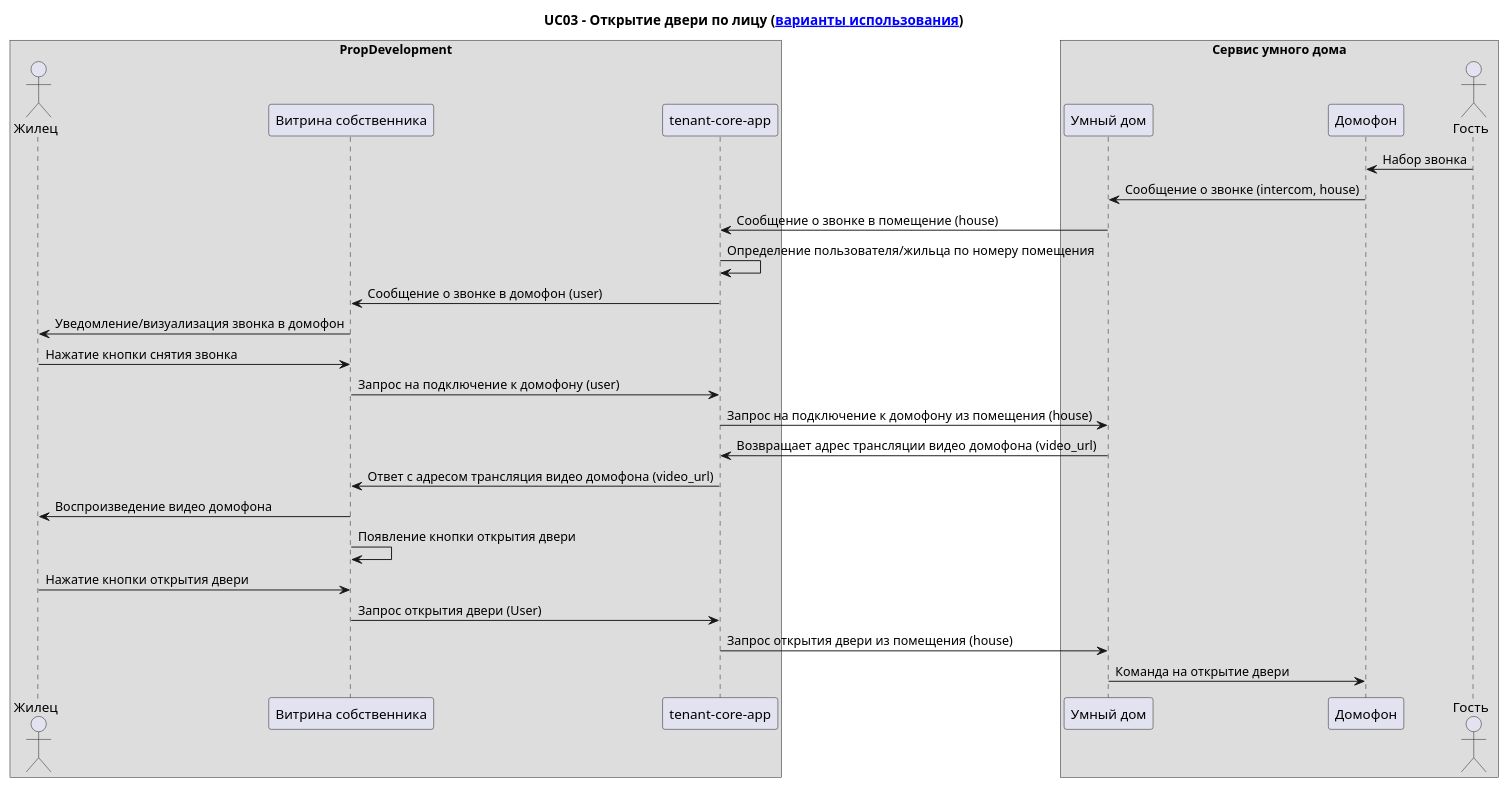
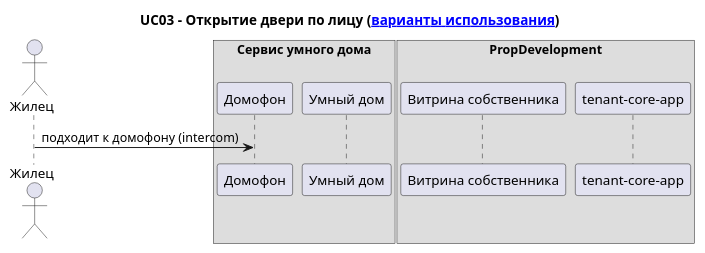
Before and after one commit to asbelon/architecture-sprint-7: the diagram in Exc3/uc/UC03.puml, drawn with PlantUML. The commit also changed 5 other files, not shown here.

```diff
--- a/Exc3/uc/UC03.puml
+++ b/Exc3/uc/UC03.puml
@@ -1,34 +1,17 @@
 @startuml
 
 title UC03 - Открытие двери по лицу ([[./uc.puml варианты использования]])
 
-box "PropDevelopment"
 actor Жилец as Tenant
-participant "Витрина собственника" as MobileApp
-participant "tenant-core-app" as TenantCoreApp
-end box
 box "Сервис умного дома"
-participant "Умный дом" as SmartHome
-participant "Домофон" as Intercom
-actor Гость as Guest
+    participant "Домофон" as Intercom
+    participant "Умный дом" as SmartHome
 end box
 
-Guest -> Intercom: Набор звонка
-Intercom -> SmartHome: Сообщение о звонке (intercom, house)
-SmartHome -> TenantCoreApp: Сообщение о звонке в помещение (house)
-TenantCoreApp -> TenantCoreApp: Определение пользователя/жильца по номеру помещения
-TenantCoreApp -> MobileApp: Сообщение о звонке в домофон (user)
-MobileApp -> Tenant: Уведомление/визуализация звонка в домофон
-Tenant -> MobileApp: Нажатие кнопки снятия звонка
-MobileApp -> TenantCoreApp: Запрос на подключение к домофону (user)
-TenantCoreApp -> SmartHome: Запрос на подключение к домофону из помещения (house)
-SmartHome -> TenantCoreApp: Возвращает адрес трансляции видео домофона (video_url)
-TenantCoreApp -> MobileApp: Ответ с адресом трансляция видео домофона (video_url)
-MobileApp -> Tenant: Воспроизведение видео домофона
-MobileApp -> MobileApp: Появление кнопки открытия двери
-Tenant -> MobileApp: Нажатие кнопки открытия двери
-MobileApp -> TenantCoreApp: Запрос открытия двери (User)
-TenantCoreApp -> SmartHome: Запрос открытия двери из помещения (house)
-SmartHome -> Intercom: Команда на открытие двери
+box "PropDevelopment"
+    participant "Витрина собственника" as MobileApp
+    participant "tenant-core-app" as TenantCoreApp
+end box
 
+Tenant -> Intercom: подходит к домофону (intercom)
 @enduml
```
